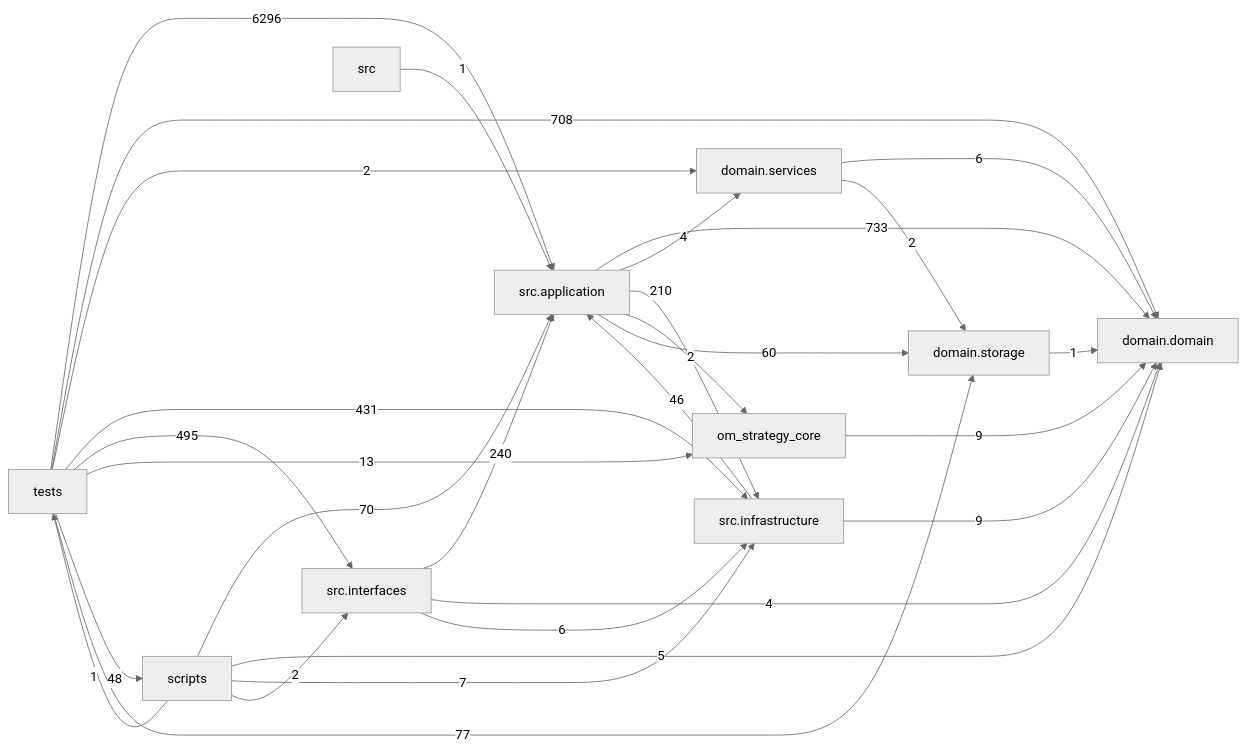
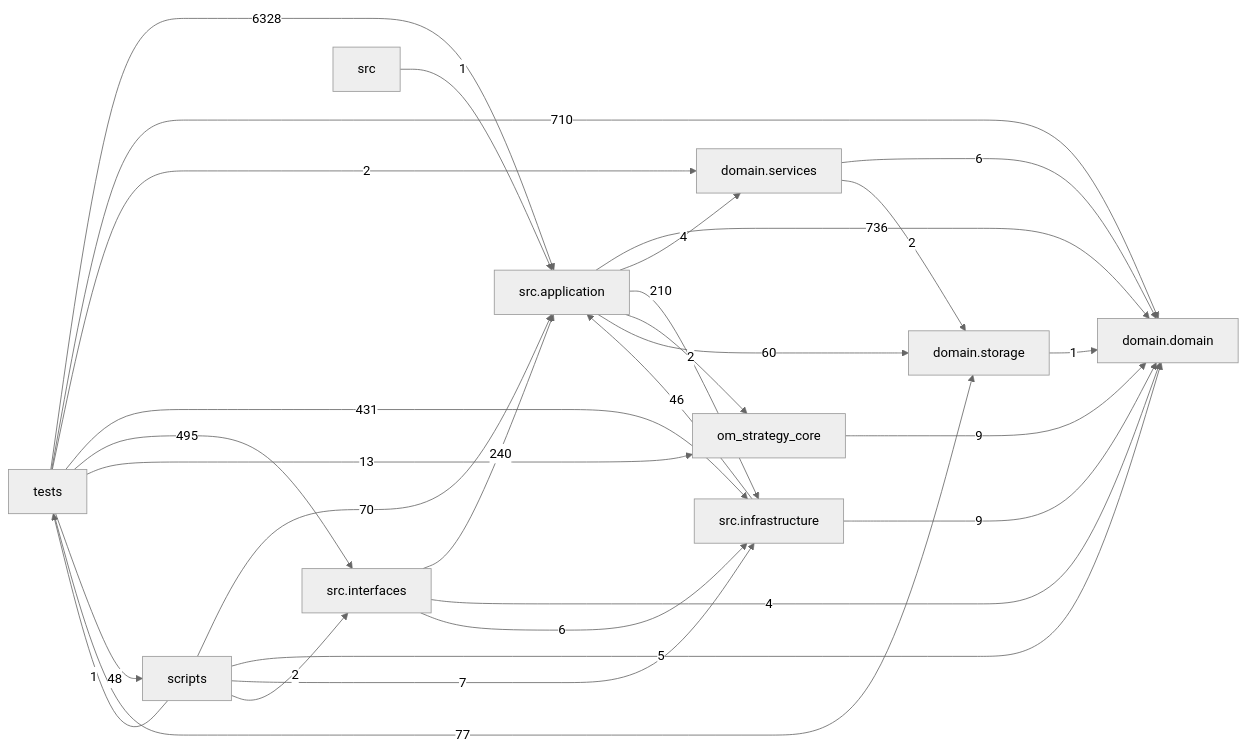
Before and after one commit to liuxie066/options-monitor: the diagram in docs/DEPENDENCY_GRAPH.md, drawn with Mermaid (neutral theme). The commit also changed other lines of this file and 34 other files, not shown here.

````diff
--- a/docs/DEPENDENCY_GRAPH.md
+++ b/docs/DEPENDENCY_GRAPH.md
@@ -24,39 +24,39 @@
 ```mermaid
 flowchart LR
   tests["tests"]
   scripts["scripts"]
   interfaces["src.interfaces"]
   application["src.application"]
   infrastructure["src.infrastructure"]
   domain_services["domain.services"]
   domain["domain.domain"]
   storage["domain.storage"]
-  application -->|733| domain
+  application -->|736| domain
   application -->|4| domain_services
   application -->|210| infrastructure
   application -->|2| om_strategy_core
   application -->|60| storage
   domain_services -->|6| domain
   domain_services -->|2| storage
   infrastructure -->|46| application
   infrastructure -->|9| domain
   interfaces -->|240| application
   interfaces -->|4| domain
   interfaces -->|6| infrastructure
   om_strategy_core -->|9| domain
   scripts -->|70| application
   scripts -->|5| domain
   scripts -->|7| infrastructure
   scripts -->|2| interfaces
   scripts -->|1| tests
   src -->|1| application
   storage -->|1| domain
-  tests -->|6296| application
-  tests -->|708| domain
+  tests -->|6328| application
+  tests -->|710| domain
   tests -->|2| domain_services
   tests -->|431| infrastructure
   tests -->|495| interfaces
   tests -->|13| om_strategy_core
   tests -->|48| scripts
   tests -->|77| storage
 ```
````
